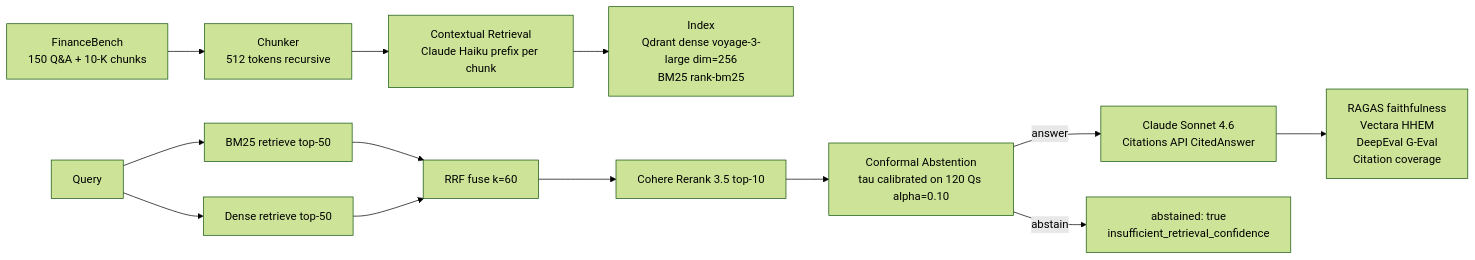
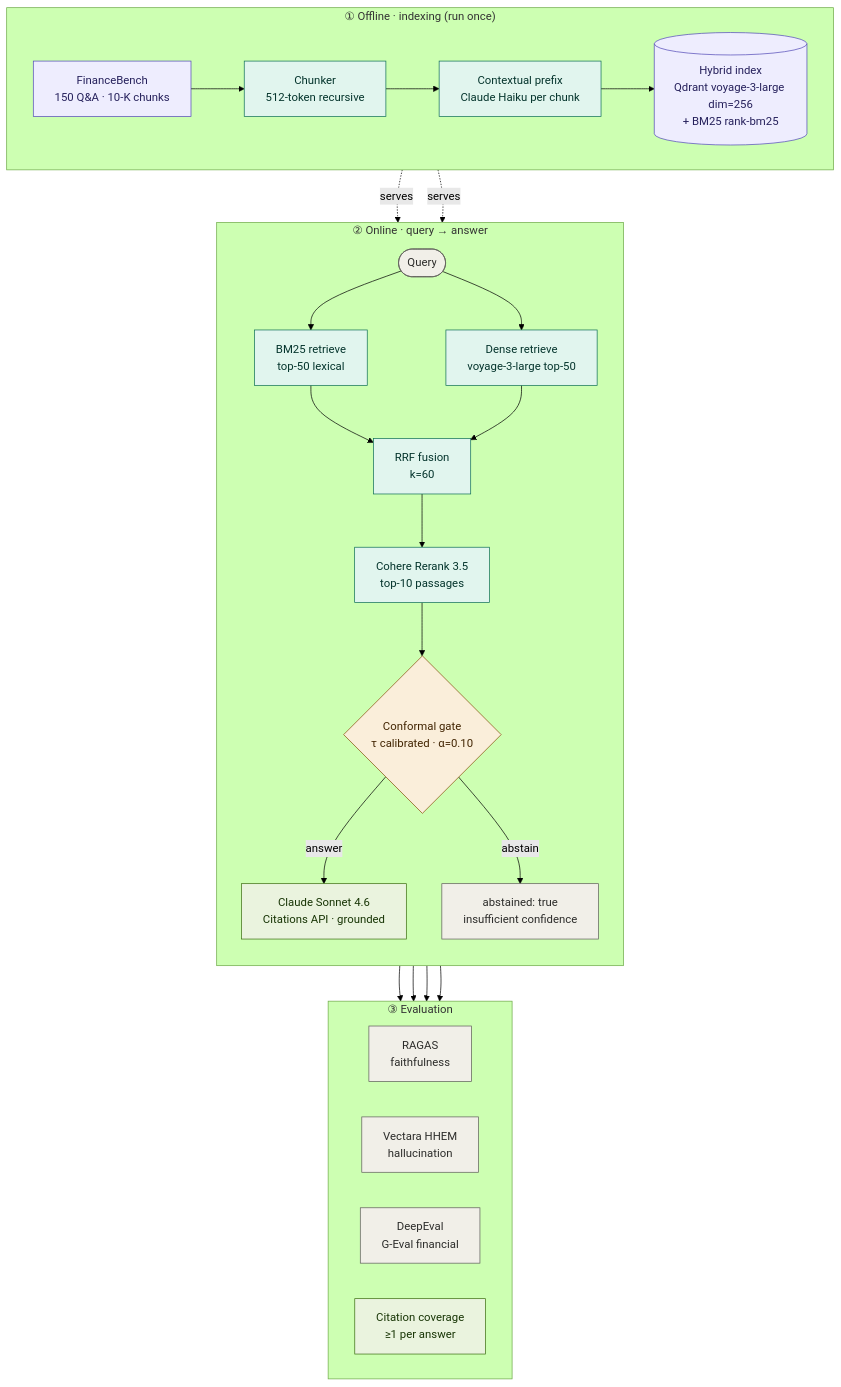
One commit to SebAustin/production-rag-eval changed the diagram in README.md. Above: the diagram before and after it, drawn with Mermaid (forest theme). The commit also changed other lines of this file and 2 other files, not shown here.

Commit message:
docs(arch): phase the architecture diagram + ship rendered images
Rework the README Mermaid graph into three labeled subgraphs (offline
indexing / online query->answer / evaluation) with semantic node styling,
a decision-shaped conformal gate, and an explicit index->retriever
'serves' edge. Add rendered PNG + SVG copies under docs/assets and link
them from the README for non-Mermaid surfaces (e.g. LinkedIn).

````diff
--- a/README.md
+++ b/README.md
@@ -22,14 +27,44 @@
 ```mermaid
-flowchart LR
-    FB[FinanceBench<br/>150 Q&A + 10-K chunks] --> CH[Chunker<br/>512 tokens recursive]
-    CH --> CR[Contextual Retrieval<br/>Claude Haiku prefix per chunk]
-    CR --> IX[Index<br/>Qdrant dense voyage-3-large dim=256<br/>BM25 rank-bm25]
-    Q[Query] --> B[BM25 retrieve top-50]
-    Q --> D[Dense retrieve top-50]
-    B & D --> RRF[RRF fuse k=60]
-    RRF --> RR[Cohere Rerank 3.5 top-10]
-    RR --> CA[Conformal Abstention<br/>tau calibrated on 120 Qs alpha=0.10]
-    CA -->|answer| GEN[Claude Sonnet 4.6<br/>Citations API CitedAnswer]
-    CA -->|abstain| ABS[abstained: true<br/>insufficient_retrieval_confidence]
-    GEN --> EVAL[RAGAS faithfulness<br/>Vectara HHEM<br/>DeepEval G-Eval<br/>Citation coverage]
+flowchart TB
+    subgraph INDEX["① Offline · indexing (run once)"]
+        direction LR
+        FB[FinanceBench<br/>150 Q&A · 10-K chunks] --> CH[Chunker<br/>512-token recursive]
+        CH --> CR[Contextual prefix<br/>Claude Haiku per chunk]
+        CR --> IX[(Hybrid index<br/>Qdrant voyage-3-large dim=256<br/>+ BM25 rank-bm25)]
+    end
+
+    subgraph SERVE["② Online · query → answer"]
+        direction TB
+        Q([Query]) --> B[BM25 retrieve<br/>top-50 lexical]
+        Q --> D[Dense retrieve<br/>voyage-3-large top-50]
+        B & D --> RRF[RRF fusion<br/>k=60]
+        RRF --> RR[Cohere Rerank 3.5<br/>top-10 passages]
+        RR --> CA{Conformal gate<br/>τ calibrated · α=0.10}
+        CA -->|answer| GEN[Claude Sonnet 4.6<br/>Citations API · grounded]
+        CA -->|abstain| ABS[abstained: true<br/>insufficient confidence]
+    end
+
+    subgraph EVAL["③ Evaluation"]
+        direction LR
+        RG[RAGAS<br/>faithfulness]
+        HH[Vectara HHEM<br/>hallucination]
+        DE[DeepEval<br/>G-Eval financial]
+        CC[Citation coverage<br/>≥1 per answer]
+    end
+
+    IX -.serves.-> B
+    IX -.serves.-> D
+    GEN --> RG & HH & DE & CC
+
+    classDef store fill:#EEEDFE,stroke:#534AB7,color:#26215C;
+    classDef proc fill:#E1F5EE,stroke:#0F6E56,color:#04342C;
+    classDef gate fill:#FAEEDA,stroke:#854F0B,color:#412402;
+    classDef good fill:#EAF3DE,stroke:#3B6D11,color:#173404;
+    classDef neutral fill:#F1EFE8,stroke:#5F5E5A,color:#2C2C2A;
+    class FB,IX store;
+    class CH,CR,B,D,RRF,RR proc;
+    class CA gate;
+    class GEN,CC good;
+    class Q,ABS neutral;
+    class RG,HH,DE neutral;
 ```
````
